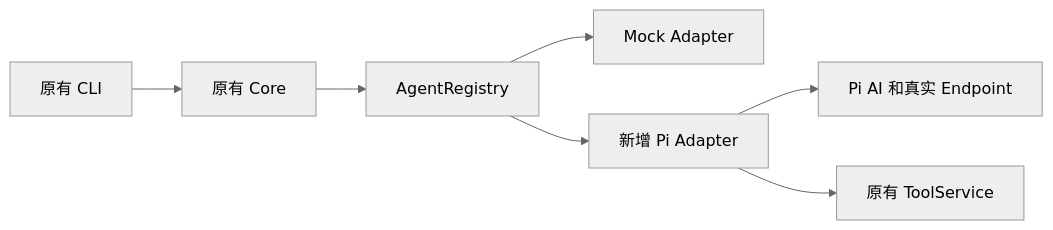
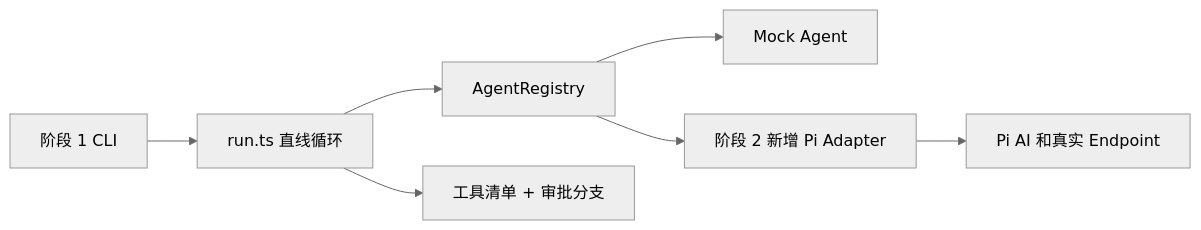
Before and after one commit to Yahacc/yagent: the third of 6 diagrams in docs/learning/01-roadmap.md, drawn with Mermaid (neutral theme). The commit also changed other lines of this file and 32 other files, not shown here.

Commit message:
feat: mock agent flow

````diff
--- a/docs/learning/01-roadmap.md
+++ b/docs/learning/01-roadmap.md
@@ -70,9 +75,9 @@
 ```mermaid
 flowchart LR
-  CLI[原有 CLI] --> Core[原有 Core]
-  Core --> Registry[AgentRegistry]
-  Registry --> Mock[Mock Adapter]
-  Registry --> Pi[新增 Pi Adapter]
+  CLI[阶段 1 CLI] --> Loop[run.ts 直线循环]
+  Loop --> Registry[AgentRegistry]
+  Registry --> Mock[Mock Agent]
+  Registry --> Pi[阶段 2 新增 Pi Adapter]
   Pi --> Model[Pi AI 和真实 Endpoint]
-  Pi --> Tools[原有 ToolService]
+  Loop --> Tools[工具清单 + 审批分支]
 ```
````
